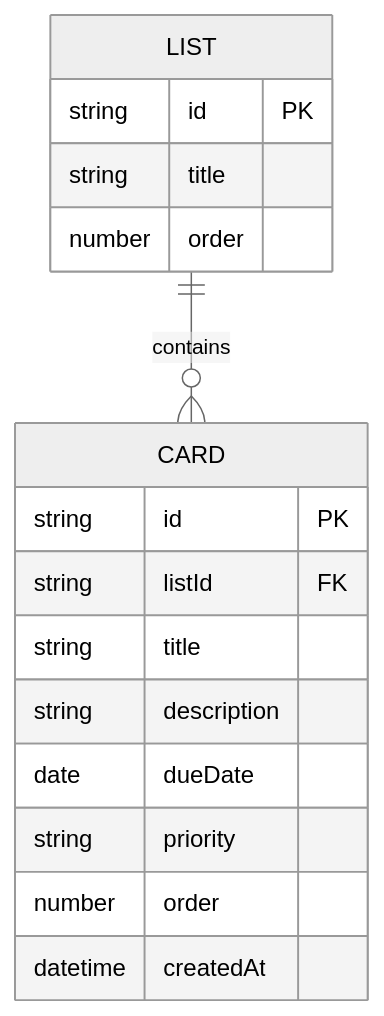
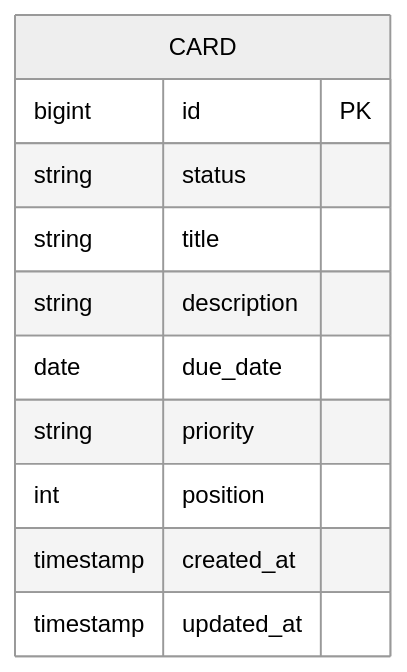
The second of 2 diagrams in docs/requirements.md (ma9ruko6me/TaskManagement), drawn with Mermaid (neutral theme) before and after one commit. The commit also changed other lines of this file and 7 other files, not shown here.

````diff
--- a/docs/requirements.md
+++ b/docs/requirements.md
@@ -147,20 +145,14 @@
 ```mermaid
 erDiagram
-    LIST ||--o{ CARD : "contains"
-
-    LIST {
-        string id PK
-        string title
-        number order
-    }
     CARD {
-        string id PK
-        string listId FK
+        bigint id PK
+        string status
         string title
         string description
-        date dueDate
+        date due_date
         string priority
-        number order
-        datetime createdAt
+        int position
+        timestamp created_at
+        timestamp updated_at
     }
 ```
````
